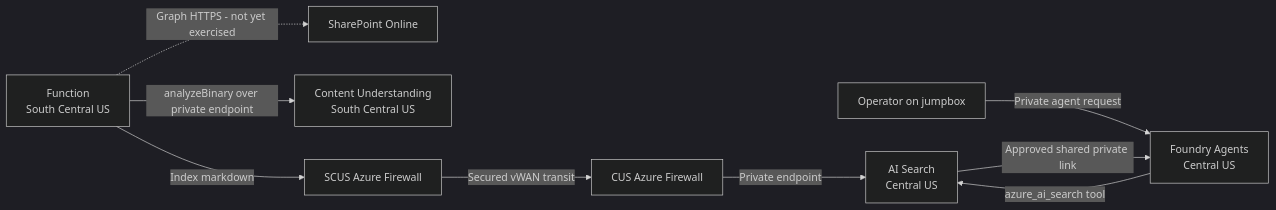
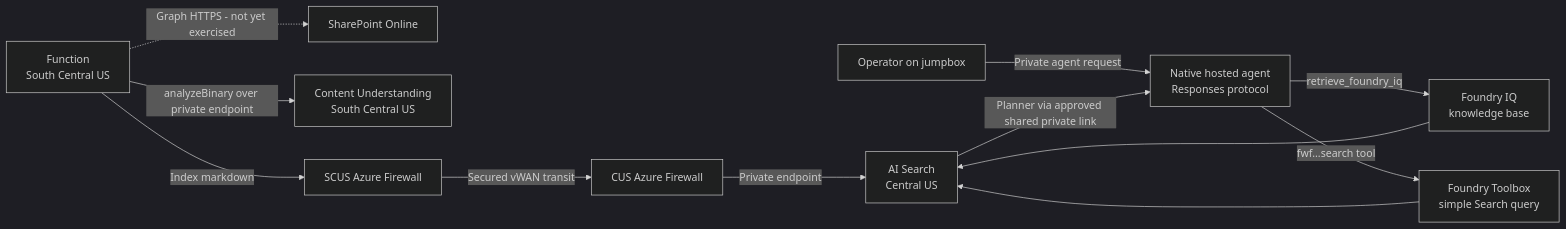
Before and after one commit to aionic/funwithfoundry: the first of 2 diagrams in docs/architecture.md, drawn with Mermaid (dark theme). The commit also changed other lines of this file and 26 other files, not shown here.

Commit message:
Deploy native Foundry dual-retrieval agent

````diff
--- a/docs/architecture.md
+++ b/docs/architecture.md
@@ -14,20 +14,25 @@
 ```mermaid
 flowchart LR
     SPO["SharePoint Online"]
     FUNC["Function<br/>South Central US"]
     CU["Content Understanding<br/>South Central US"]
     FW2["SCUS Azure Firewall"]
     FW1["CUS Azure Firewall"]
     SEARCH["AI Search<br/>Central US"]
-    FOUNDRY["Foundry Agents<br/>Central US"]
+    AGENT["Native hosted agent<br/>Responses protocol"]
+    IQ["Foundry IQ<br/>knowledge base"]
+    TOOLBOX["Foundry Toolbox<br/>simple Search query"]
     USER["Operator on jumpbox"]
 
     FUNC -.->|"Graph HTTPS - not yet exercised"| SPO
     FUNC -->|"analyzeBinary over private endpoint"| CU
     FUNC -->|"Index markdown"| FW2
     FW2 -->|"Secured vWAN transit"| FW1
     FW1 -->|"Private endpoint"| SEARCH
-    USER -->|"Private agent request"| FOUNDRY
-    FOUNDRY -->|"azure_ai_search tool"| SEARCH
-    SEARCH -->|"Approved shared private link"| FOUNDRY
+    USER -->|"Private agent request"| AGENT
+    AGENT -->|"retrieve_foundry_iq"| IQ
+    AGENT -->|"fwf...search tool"| TOOLBOX
+    IQ --> SEARCH
+    TOOLBOX --> SEARCH
+    SEARCH -->|"Planner via approved shared private link"| AGENT
 ```
````
